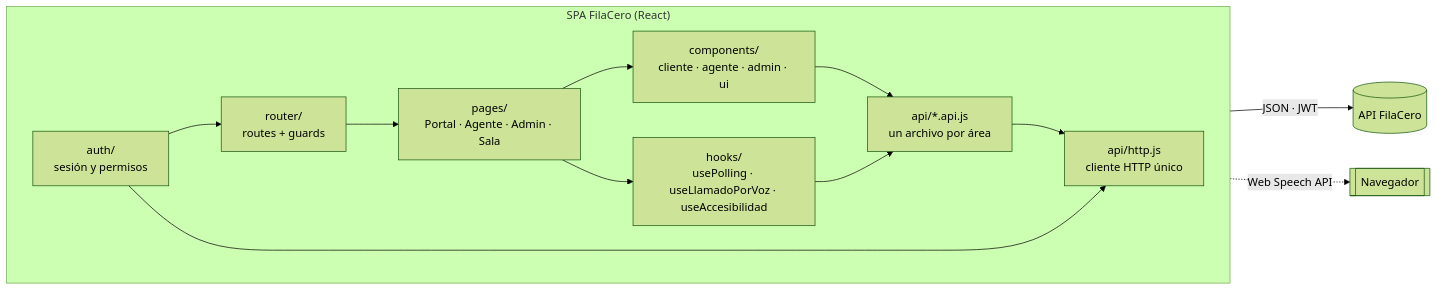
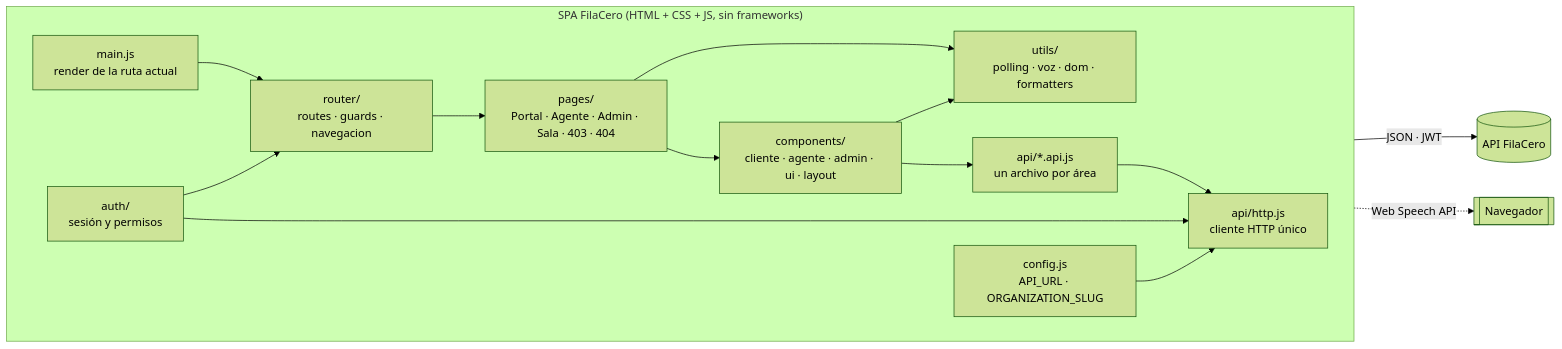
The fourth of 4 diagrams in docs/arquitectura/03-vistas-c4.md (ElkinUCC/FilaCero), drawn with Mermaid (forest theme) before and after one commit. The commit also changed other lines of this file and 137 other files, not shown here.

````diff
--- a/docs/arquitectura/03-vistas-c4.md
+++ b/docs/arquitectura/03-vistas-c4.md
@@ -142,16 +145,18 @@
 ```mermaid
 flowchart LR
-    subgraph SPA["SPA FilaCero (React)"]
+    subgraph SPA["SPA FilaCero (HTML + CSS + JS, sin frameworks)"]
         direction LR
-        R[router/<br/>routes + guards] --> P[pages/<br/>Portal · Agente · Admin · Sala]
-        P --> C[components/<br/>cliente · agente · admin · ui]
-        P --> H[hooks/<br/>usePolling · useLlamadoPorVoz · useAccesibilidad]
+        M[main.js<br/>render de la ruta actual] --> R[router/<br/>routes · guards · navegacion]
+        R --> P[pages/<br/>Portal · Agente · Admin · Sala · 403 · 404]
+        P --> C[components/<br/>cliente · agente · admin · ui · layout]
+        P --> U[utils/<br/>polling · voz · dom · formatters]
         C --> A[api/*.api.js<br/>un archivo por área]
-        H --> A
+        C --> U
         A --> X[api/http.js<br/>cliente HTTP único]
         AU[auth/<br/>sesión y permisos] --> R
         AU --> X
+        CF[config.js<br/>API_URL · ORGANIZATION_SLUG] --> X
     end
     X -->|JSON · JWT| API[(API FilaCero)]
-    H -.->|Web Speech API| N[[Navegador]]
+    U -.->|Web Speech API| N[[Navegador]]
 ```
````
